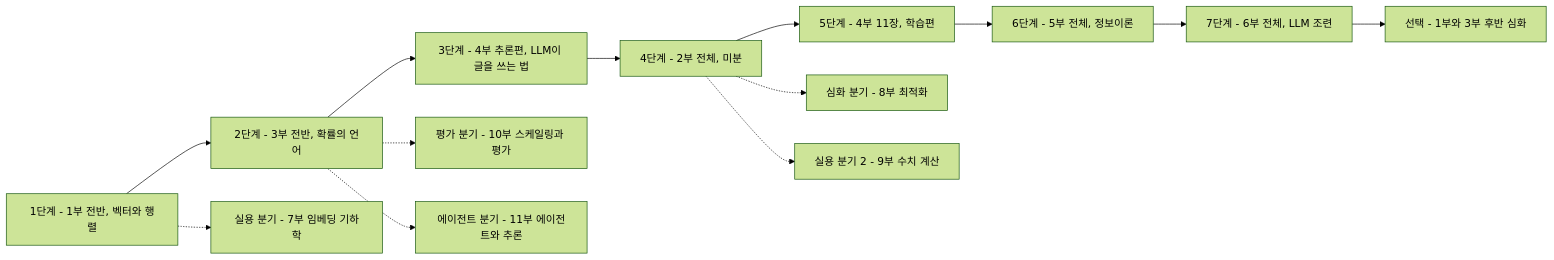
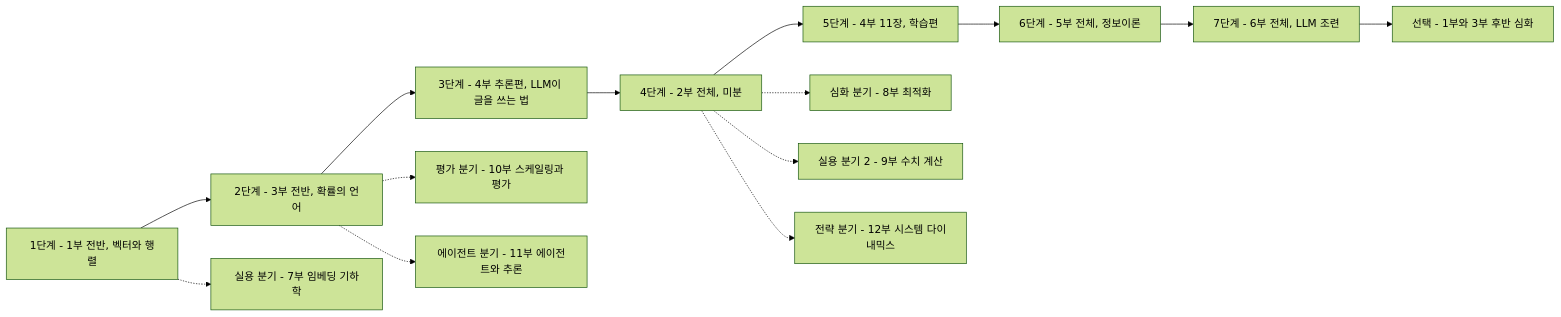
The diagram in README.md (jiyupapa/math-platform), drawn with Mermaid (forest theme) before and after one commit. The commit also changed other lines of this file and 147 other files, not shown here.

First line of the commit message:
feat(part12): 시스템 다이내믹스 신설 — 전 13챕터 완결·포털 편입

````diff
--- a/README.md
+++ b/README.md
@@ -44,15 +45,16 @@
 ```mermaid
 flowchart LR
     P1a[1단계 - 1부 전반, 벡터와 행렬] --> P3a[2단계 - 3부 전반, 확률의 언어]
     P3a --> P4a[3단계 - 4부 추론편, LLM이 글을 쓰는 법]
     P4a --> P2[4단계 - 2부 전체, 미분]
     P2 --> P4b[5단계 - 4부 11장, 학습편]
     P4b --> P5[6단계 - 5부 전체, 정보이론]
     P5 --> P6[7단계 - 6부 전체, LLM 조련]
     P6 --> OPT[선택 - 1부와 3부 후반 심화]
     P1a -.-> B7[실용 분기 - 7부 임베딩 기하학]
     P2 -.-> B8[심화 분기 - 8부 최적화]
     P2 -.-> B9[실용 분기 2 - 9부 수치 계산]
     P3a -.-> B10[평가 분기 - 10부 스케일링과 평가]
     P3a -.-> B11[에이전트 분기 - 11부 에이전트와 추론]
+    P2 -.-> B12[전략 분기 - 12부 시스템 다이내믹스]
 ```
````
